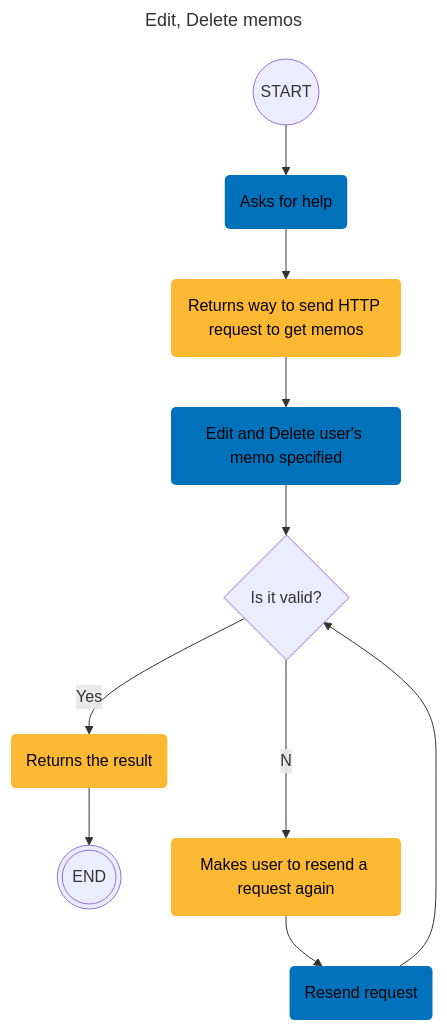
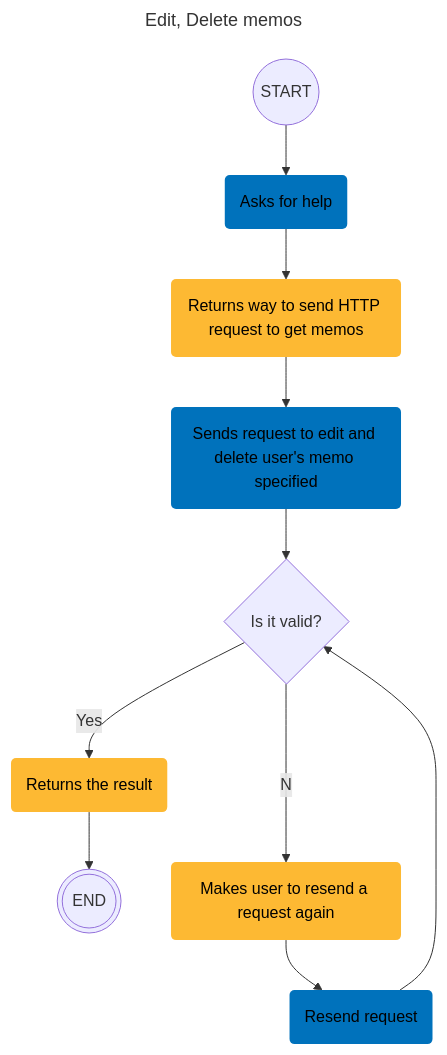
Before and after one commit to alstrocrack/kraken: the fourth of 5 diagrams in design/activity.md, drawn with Mermaid. The commit also changed other lines of this file and 7 other files, not shown here.

````diff
--- a/design/activity.md
+++ b/design/activity.md
@@ -82,22 +82,22 @@
 ```mermaid
 ---
 title: Edit, Delete memos
 ---
 flowchart TD
 
   %% Define classes for style
   classDef user fill:#0072BC,stroke:none,color:black
   classDef server fill:#FDB933,stroke:none,color:black
   classDef point fill:black,stroke:none,color:black
 
   %% Diagram
   A((START)) --> B(Asks for help):::user
   B --> C(Returns way to send HTTP request to get memos):::server
-  C --> D(Edit and Delete user's memo specified):::user
+  C --> D(Sends request to edit and delete user's memo specified):::user
   D --> E{Is it valid?}
   E --Yes--> F(Returns the result):::server
   F --> G(((END)))
   E --No--> H(Makes user to resend a request again):::server
   H --> I(Resend request):::user
   I --> E
 ```
````
